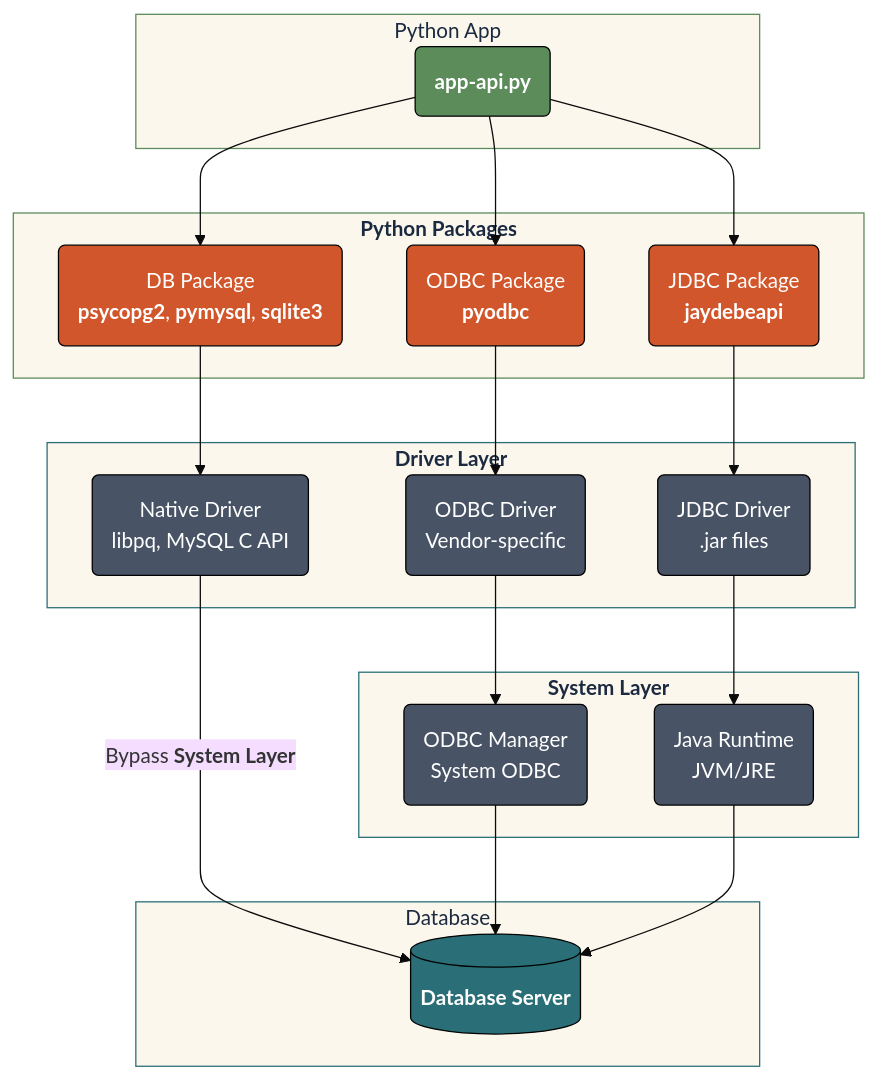
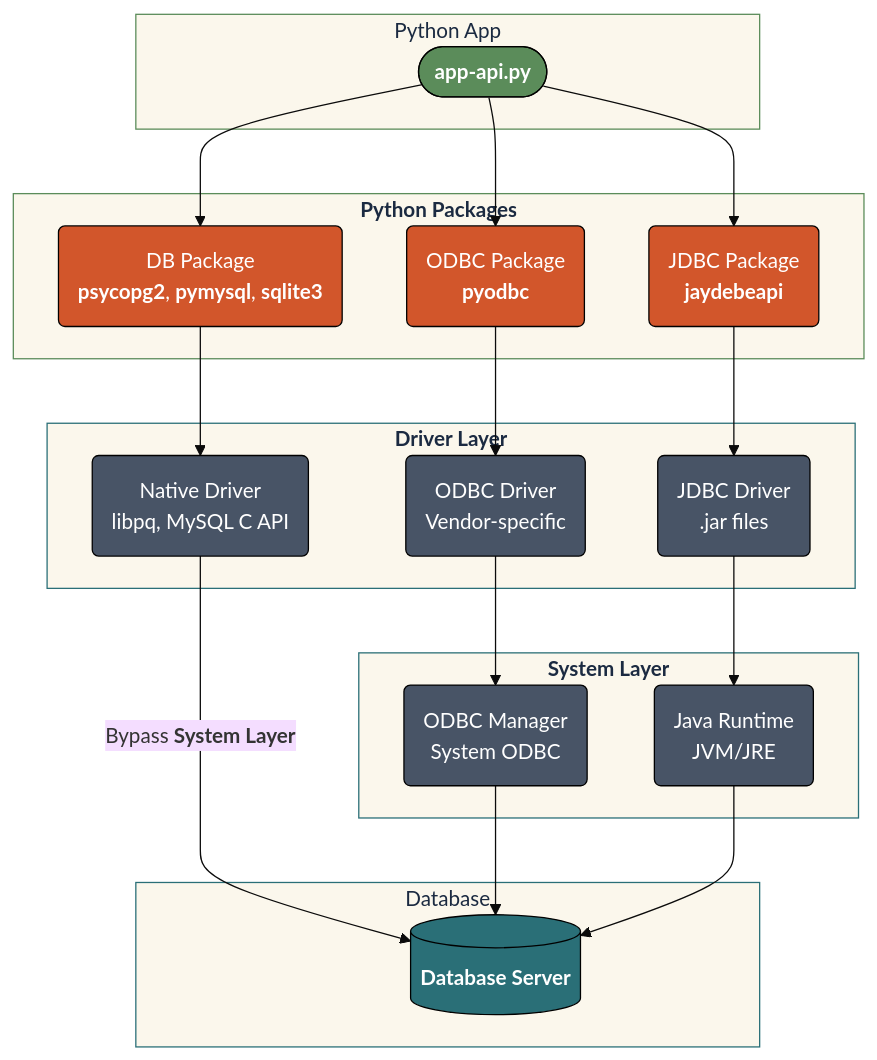
One commit to mjfrigaard/do4ds-labs changed the first of 6 diagrams in lab03.qmd. Above: the diagram before and after it, drawn with Mermaid. The commit also changed other lines of this file and 19 other files, not shown here.

````diff
--- a/lab03.qmd
+++ b/lab03.qmd
@@ -59,73 +59,73 @@
 ```{mermaid}
 %%| fig-cap: 'Python DB Connections'
 %%| fig-align: 'center'
 %%{init: {'theme': 'base', 'themeVariables': {'fontFamily': 'monospace'}}}%%
 
 graph TB
     subgraph PyApp["Python App"]
-        PyCode("<strong>app-api.py</strong>")
+        PyCode(["<strong>app-api.py</strong>"])
     end
 
     
     subgraph PyPkg["<strong>Python Packages</strong>"]
         DBPkg("DB Package<br><strong>psycopg2</strong>, <strong>pymysql</strong>, <strong>sqlite3</strong>")
         ODBCPkg("ODBC Package<br><strong>pyodbc</strong>")
         JDBCPkg("JDBC Package<br><strong>jaydebeapi</strong>")
     end
     
     %%% Tints of #35605a
 
     subgraph Driver["<strong>Driver Layer</strong>"]
         NatDrv("Native Driver<br>libpq, MySQL C API")
         ODBCDrv("ODBC Driver<br>Vendor-specific")
         JDBCDrv("JDBC Driver<br>.jar files")
     end
 
     %% Tints of #6b818c
     
     subgraph System["<strong>System Layer</strong>"]
         ODBCSys("ODBC Manager<br>System ODBC")
         JAVASys("Java Runtime<br>JVM/JRE")
     end
 
     %% Tints of #00120b
     
     subgraph DB["Database"]
         DBServ[("<strong>Database Server</strong>")]
     end
 
     
     %% Direct pathway (bypasses system layer)
     PyCode --> DBPkg
     DBPkg --> NatDrv
     NatDrv --"`Bypass <strong>System Layer</strong>`"--> DBServ
     
     %% ODBC pathway
     PyCode --> ODBCPkg
     ODBCPkg --> ODBCDrv
     ODBCDrv --> ODBCSys
     ODBCSys --> DBServ
     
     %% JDBC pathway
     PyCode --> JDBCPkg
     JDBCPkg --> JDBCDrv
     JDBCDrv --> JAVASys
     JAVASys --> DBServ
     style PyApp fill:#fbf7ec,stroke:#5B8C5A,color:#1B2A41
     style PyPkg fill:#fbf7ec,stroke:#5B8C5A,color:#1B2A41
     style Driver fill:#fbf7ec,stroke:#2A6F77,color:#1B2A41
     style System fill:#fbf7ec,stroke:#2A6F77,color:#1B2A41
     style DB fill:#fbf7ec,stroke:#2A6F77,color:#1B2A41
     style PyCode fill:#5B8C5A,stroke:#000000,stroke-width:1px,color:#ffffff
     style DBPkg fill:#D2562B,stroke:#000000,stroke-width:1px,color:#ffffff
     style ODBCPkg fill:#D2562B,stroke:#000000,stroke-width:1px,color:#ffffff
     style JDBCPkg fill:#D2562B,stroke:#000000,stroke-width:1px,color:#ffffff
     style NatDrv fill:#485466,stroke:#000000,stroke-width:1px,color:#ffffff
     style ODBCDrv fill:#485466,stroke:#000000,stroke-width:1px,color:#ffffff
     style JDBCDrv fill:#485466,stroke:#000000,stroke-width:1px,color:#ffffff
     style ODBCSys fill:#485466,stroke:#000000,stroke-width:1px,color:#ffffff
     style JAVASys fill:#485466,stroke:#000000,stroke-width:1px,color:#ffffff
     style DBServ fill:#2A6F77,stroke:#000000,stroke-width:1px,color:#ffffff
     
 
 ```
````
